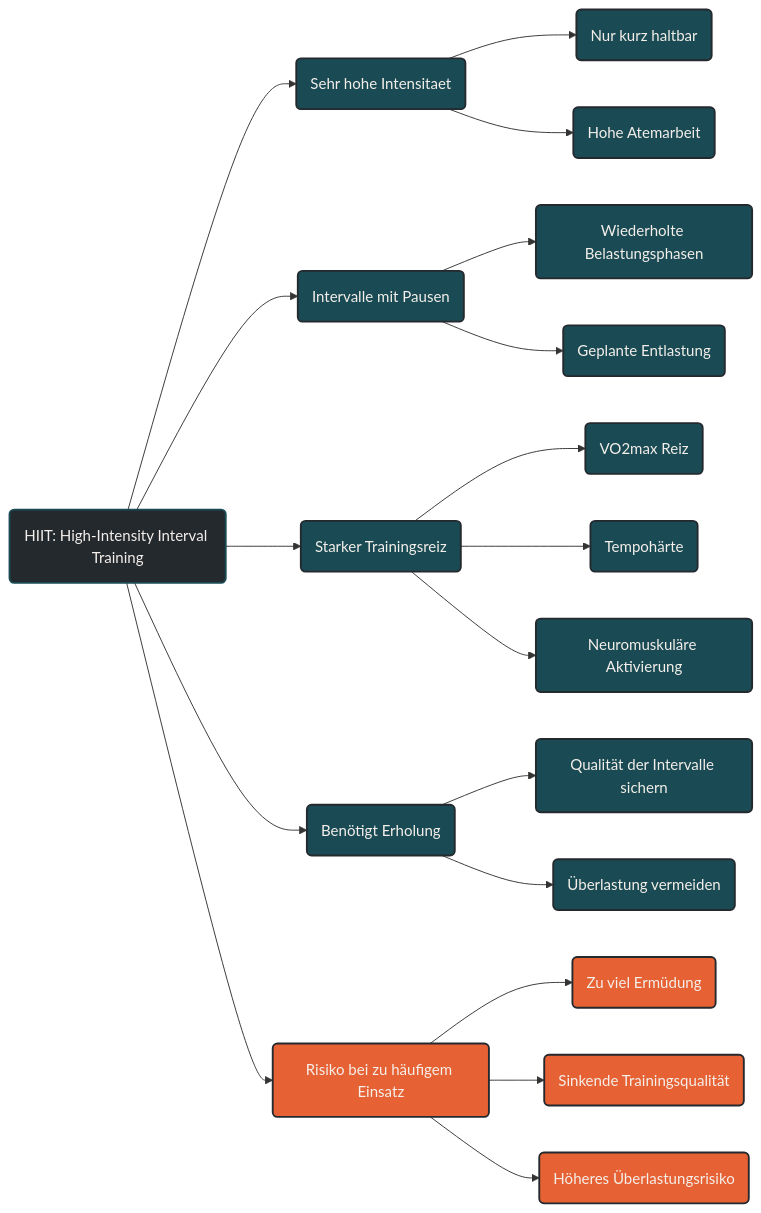
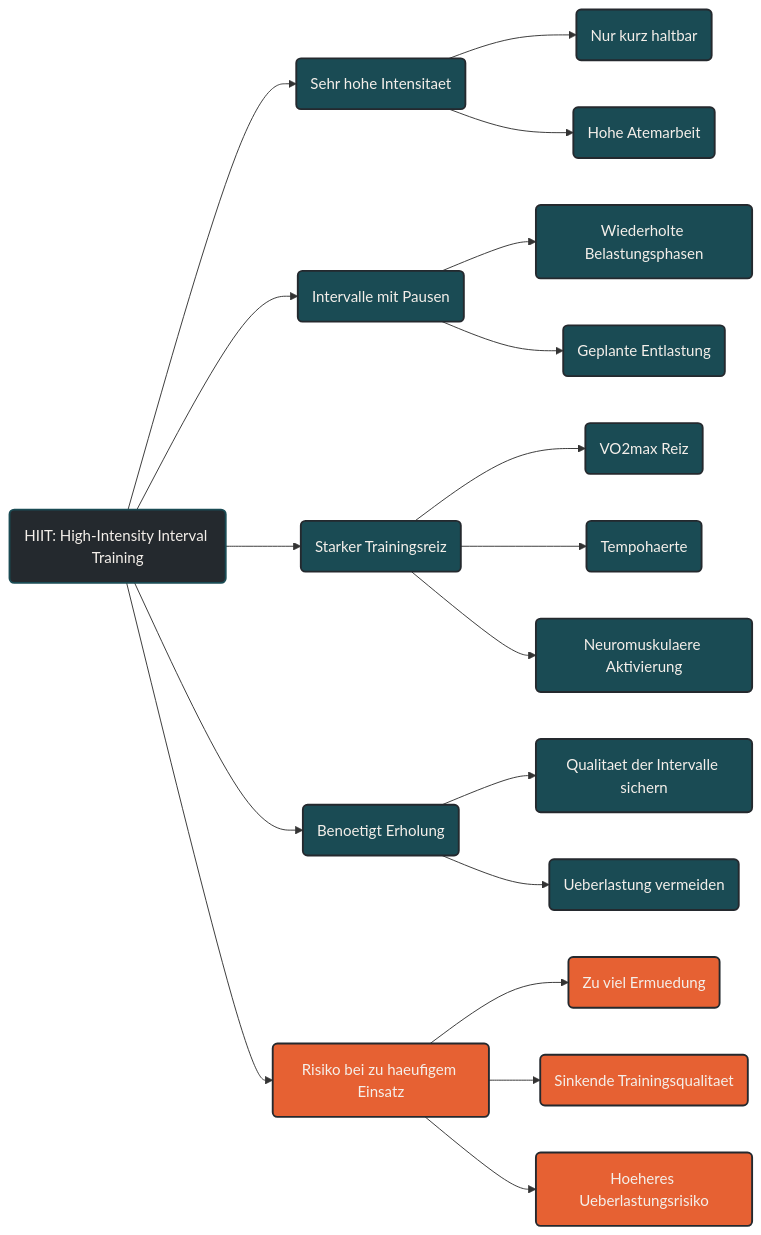
Before and after one commit to Quixos40K/ausdauersport-typemill: the diagram in content/00-ausdauersport/00-trainingswissenschaft/01-trainingsintensitaeten/03-high-intensity-interval-training.md, drawn with Mermaid. The commit also changed other lines of this file, not shown here.

````diff
--- a/content/00-ausdauersport/00-trainingswissenschaft/01-trainingsintensitaeten/03-high-intensity-interval-training.md
+++ b/content/00-ausdauersport/00-trainingswissenschaft/01-trainingsintensitaeten/03-high-intensity-interval-training.md
@@ -51,33 +51,33 @@
 ```mermaid
 graph LR
     A(HIIT: High-Intensity Interval Training) --> B(Sehr hohe Intensitaet)
     A --> C(Intervalle mit Pausen)
     A --> D(Starker Trainingsreiz)
 
     B --> E(Nur kurz haltbar)
     B --> F(Hohe Atemarbeit)
     C --> G(Wiederholte Belastungsphasen)
     C --> H(Geplante Entlastung)
     D --> I(VO2max Reiz)
-    D --> J(Tempohärte)
-    D --> K(Neuromuskuläre Aktivierung)
+    D --> J(Tempohaerte)
+    D --> K(Neuromuskulaere Aktivierung)
 
-    A --> L(Benötigt Erholung)
-    L --> M(Qualität der Intervalle sichern)
-    L --> N(Überlastung vermeiden)
+    A --> L(Benoetigt Erholung)
+    L --> M(Qualitaet der Intervalle sichern)
+    L --> N(Ueberlastung vermeiden)
 
-    A --> O(Risiko bei zu häufigem Einsatz)
-    O --> P(Zu viel Ermüdung)
-    O --> Q(Sinkende Trainingsqualität)
-    O --> R(Höheres Überlastungsrisiko)
+    A --> O(Risiko bei zu haeufigem Einsatz)
+    O --> P(Zu viel Ermuedung)
+    O --> Q(Sinkende Trainingsqualitaet)
+    O --> R(Hoeheres Ueberlastungsrisiko)
 
     classDef default fill:#F4EFEA,stroke:#1A4B54,stroke-width:2px,color:#24292E;
     classDef primary fill:#1A4B54,stroke:#24292E,stroke-width:2px,color:#F4EFEA;
     classDef highlight fill:#E66133,stroke:#24292E,stroke-width:2px,color:#F4EFEA;
     classDef dark fill:#24292E,stroke:#1A4B54,stroke-width:2px,color:#F4EFEA;
 
     class A dark;
     class B,C,D,E,F,G,H,I,J,K primary;
     class L,M,N primary;
     class O,P,Q,R highlight;
 ```
````
